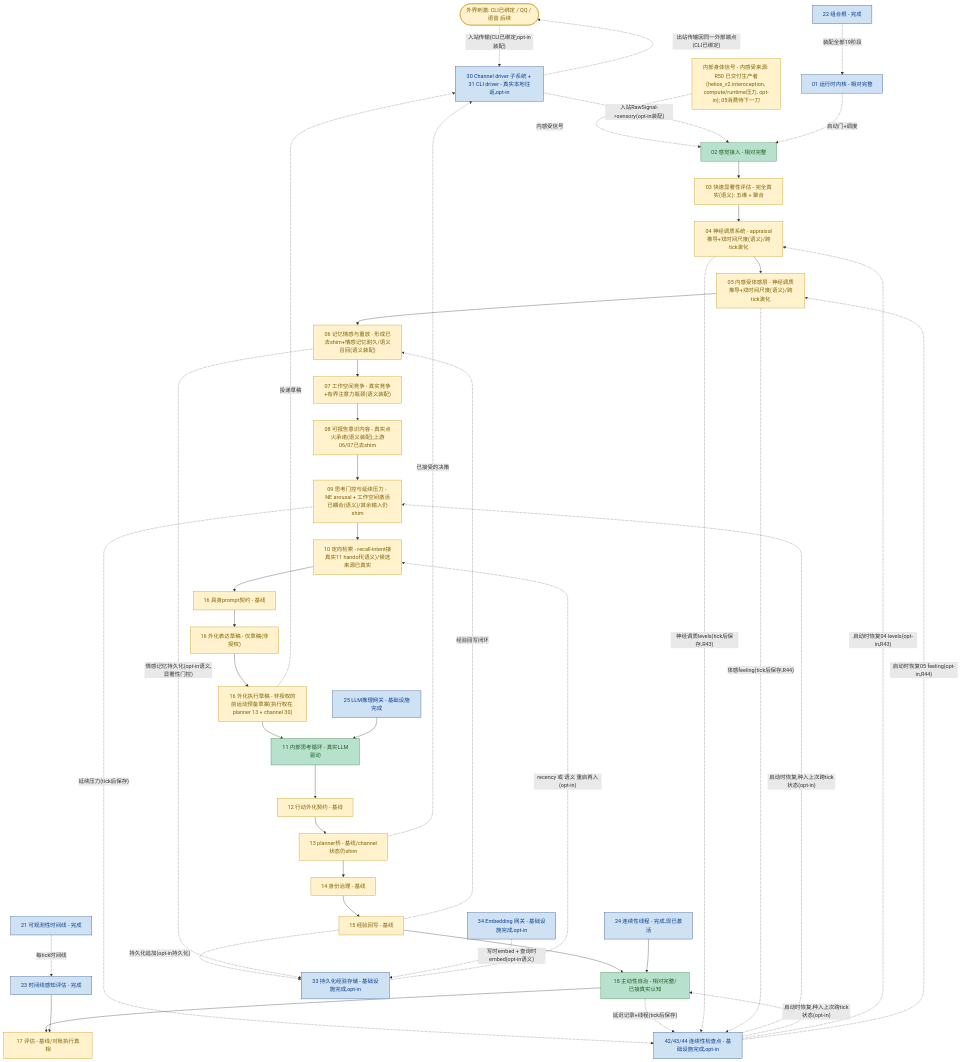
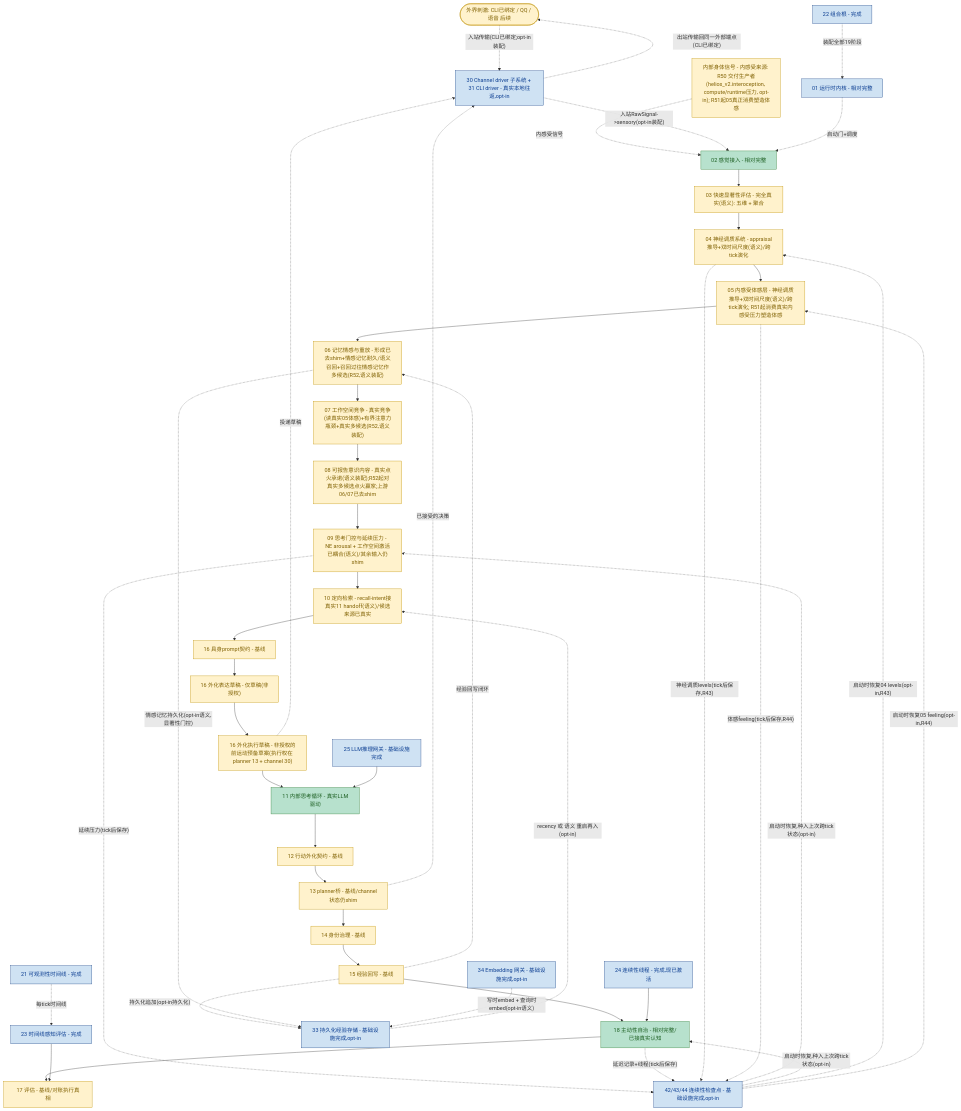
One commit to embalmer-Y/helios changed the diagram in helios_v2/docs/PROGRESS_FLOW.zh-CN.md. Above: the diagram before and after it, drawn with Mermaid. The commit also changed other lines of this file and 22 other files, not shown here.

````diff
--- a/helios_v2/docs/PROGRESS_FLOW.zh-CN.md
+++ b/helios_v2/docs/PROGRESS_FLOW.zh-CN.md
@@ -35,70 +35,70 @@
 ```mermaid
 flowchart TD
     classDef deep fill:#b7e1cd,stroke:#2e7d32,color:#1b5e20
     classDef base fill:#fff2cc,stroke:#bf9000,color:#7f6000
     classDef infra fill:#cfe2f3,stroke:#1c4587,color:#0b3d91
     classDef gap fill:#f4cccc,stroke:#990000,color:#660000,stroke-dasharray: 5 5
 
     EXT([外界刺激: CLI已绑定 / QQ / 语音 后续]):::base
-    BODY["内部身体信号 - 内感受来源: R50 已交付生产者(helios_v2.interoception, compute/runtime压力, opt-in); 05消费待下一刀"]:::base
+    BODY["内部身体信号 - 内感受来源: R50 交付生产者(helios_v2.interoception, compute/runtime压力, opt-in); R51起05真正消费塑造体感"]:::base
     S02[02 感觉接入 - 相对完整]:::deep
     S03["03 快速显著性评估 - 完全真实(语义): 五维 + 聚合"]:::base
     S04["04 神经调质系统 - appraisal推导+双时间尺度(语义)/跨tick演化"]:::base
-    S05["05 内感受体感层 - 神经调质推导+双时间尺度(语义)/跨tick演化"]:::base
-    S06["06 记忆情感与重放 - 形成已去shim+情感记忆耐久/语义召回(语义装配)"]:::base
-    S07["07 工作空间竞争 - 真实竞争+有界注意力瓶颈(语义装配)"]:::base
-    S08["08 可报告意识内容 - 真实点火承诺(语义装配);上游06/07已去shim"]:::base
+    S05["05 内感受体感层 - 神经调质推导+双时间尺度(语义)/跨tick演化; R51起消费真实内感受压力塑造体感"]:::base
+    S06["06 记忆情感与重放 - 形成已去shim+情感记忆耐久/语义召回+召回过往情感记忆作多候选(R52,语义装配)"]:::base
+    S07["07 工作空间竞争 - 真实竞争(读真实05体感)+有界注意力瓶颈+真实多候选(R52,语义装配)"]:::base
+    S08["08 可报告意识内容 - 真实点火承诺(语义装配);R52起对真实多候选点火赢家;上游06/07已去shim"]:::base
     S09["09 思考门控与延续压力 - NE arousal + 工作空间激活已耦合(语义)/其余输入仍shim"]:::base
     S10["10 定向检索 - recall-intent接真实11 handoff(语义)/候选来源已真实"]:::base
     S16P[16 具身prompt契约 - 基线]:::base
     S16O["16 外化表达草稿 - 仅草稿(非授权)"]:::base
     S16E["16 外化执行草稿 - 非授权的前运动预备草案(执行权在 planner 13 + channel 30)"]:::base
     S11[11 内部思考循环 - 真实LLM驱动]:::deep
     S12[12 行动外化契约 - 基线]:::base
     S13[13 planner桥 - 基线/channel状态仍shim]:::base
     S14[14 身份治理 - 基线]:::base
     S15[15 经验回写 - 基线]:::base
     S18[18 主动性自治 - 相对完整/已接真实认知]:::deep
     S17[17 评估 - 基线/对账执行真相]:::base
     CH["30 Channel driver 子系统 + 31 CLI driver - 真实本地往返,opt-in"]:::infra
 
     S02 --> S03 --> S04 --> S05 --> S06 --> S07 --> S08 --> S09 --> S10
     S10 --> S16P --> S16O --> S16E --> S11
     S11 --> S12 --> S13 --> S14 --> S15 --> S18 --> S17
     EXT -. 入站传输(CLI已绑定;opt-in装配) .-> CH
     BODY -. 内感受信号 .-> S02
     S13 -. 已接受的决策 .-> CH
     S16E -. 投递草稿 .-> CH
     CH -. 入站RawSignal->sensory(opt-in装配) .-> S02
     CH -. 出站传输回同一外部端点(CLI已绑定) .-> EXT
     S15 -. 经验回写闭环 .-> S06
 
     LLM[25 LLM推理网关 - 基础设施完成]:::infra
     LLM --> S11
 
     K01[01 运行时内核 - 相对完整]:::infra
     OBS[21 可观测性时间线 - 完成]:::infra
     COMP[22 组合根 - 完成]:::infra
     EV23[23 时间线感知评估 - 完成]:::infra
     TH24[24 连续性线程 - 完成,现已激活]:::infra
     PER[33 持久化经验存储 - 基础设施完成,opt-in]:::infra
     EMB[34 Embedding 网关 - 基础设施完成,opt-in]:::infra
     CKPT[42/43/44 连续性检查点 - 基础设施完成,opt-in]:::infra
     K01 -. 启动门+调度 .-> S02
     OBS -. 每tick时间线 .-> EV23
     EV23 --> S17
     TH24 --> S18
     COMP -. 装配全部19阶段 .-> K01
     S15 -. 持久化追加(opt-in持久化) .-> PER
     S06 -. 情感记忆持久化(opt-in语义,显著性门控) .-> PER
     PER -. recency 或 语义 重启再入(opt-in) .-> S10
     EMB -. 写时embed + 查询时embed(opt-in语义) .-> PER
     S09 -. 延续压力(tick后保存) .-> CKPT
     S18 -. 延迟记录+线程(tick后保存) .-> CKPT
     S04 -. 神经调质levels(tick后保存,R43) .-> CKPT
     S05 -. 体感feeling(tick后保存,R44) .-> CKPT
     CKPT -. 启动时恢复,种入上次跨tick状态(opt-in) .-> S09
     CKPT -. 启动时恢复,种入上次跨tick状态(opt-in) .-> S18
     CKPT -. 启动时恢复04 levels(opt-in,R43) .-> S04
     CKPT -. 启动时恢复05 feeling(opt-in,R44) .-> S05
 ```
````
